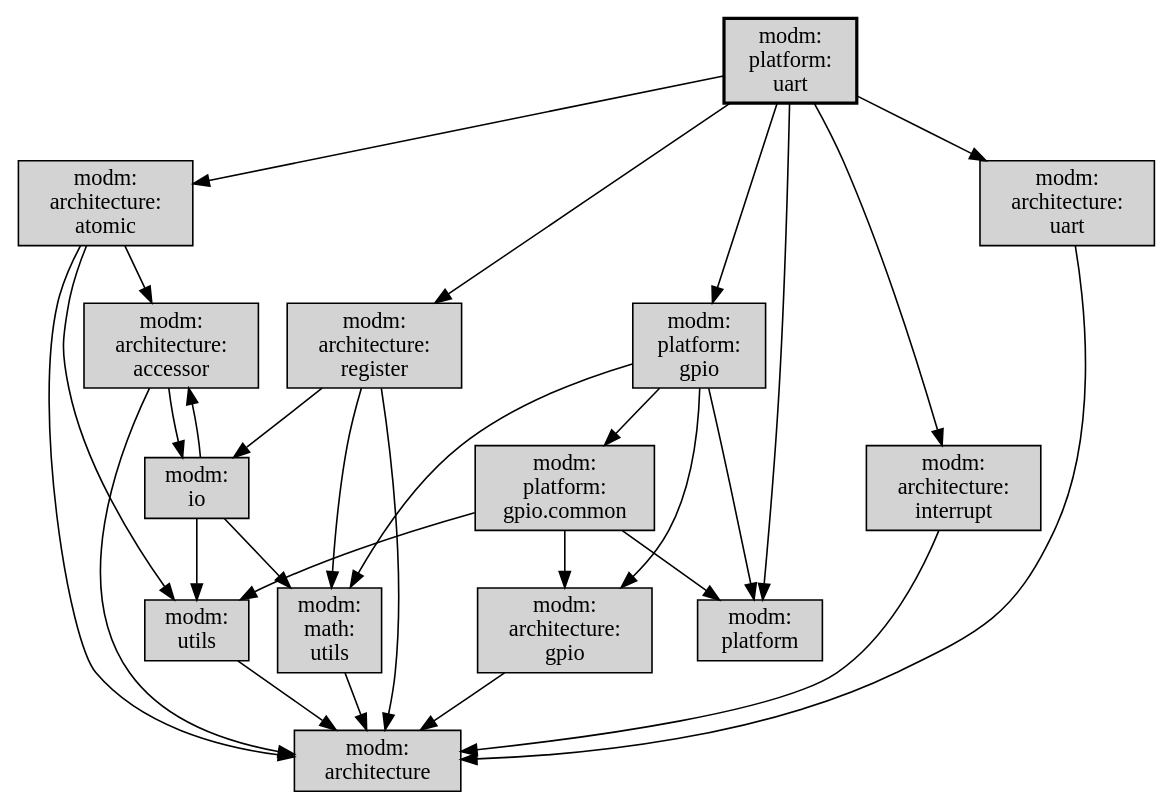
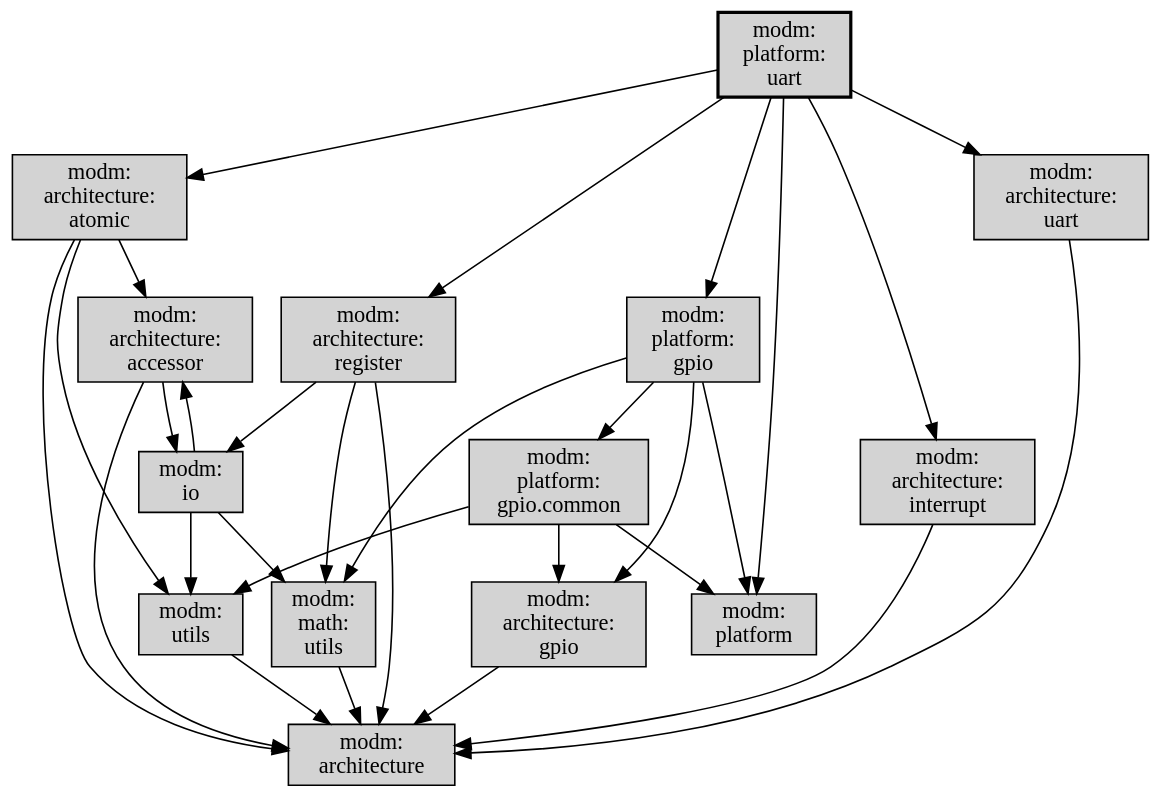
The diagram in docs/src/images/uart-dep-graph.dot (modm-io/modm), drawn with Graphviz before and after one commit. The commit also changed 6 other files, not shown here.

```diff
--- a/docs/src/images/uart-dep-graph.dot
+++ b/docs/src/images/uart-dep-graph.dot
@@ -1,52 +1,53 @@
 digraph dependencies
 {
+	bgcolor = transparent;
 	subgraph modm
 	{
 		label = "modm";
 		node [style=filled, shape=box];
 
 		modm_architecture [label="modm:\narchitecture", style="filled,solid"];
 		modm_architecture_accessor [label="modm:\narchitecture:\naccessor", style="filled,solid"];
 		modm_architecture_atomic [label="modm:\narchitecture:\natomic", style="filled,solid"];
 		modm_architecture_gpio [label="modm:\narchitecture:\ngpio", style="filled,solid"];
 		modm_architecture_interrupt [label="modm:\narchitecture:\ninterrupt", style="filled,solid"];
 		modm_architecture_register [label="modm:\narchitecture:\nregister", style="filled,solid"];
 		modm_architecture_uart [label="modm:\narchitecture:\nuart", style="filled,solid"];
 		modm_io [label="modm:\nio", style="filled,solid"];
 		modm_math_utils [label="modm:\nmath:\nutils", style="filled,solid"];
 		modm_platform [label="modm:\nplatform", style="filled,solid"];
 		modm_platform_gpio [label="modm:\nplatform:\ngpio", style="filled,solid"];
 		modm_platform_gpio_common [label="modm:\nplatform:\ngpio.common", style="filled,solid"];
 		modm_platform_uart [label="modm:\nplatform:\nuart", style="filled,bold"];
 		modm_utils [label="modm:\nutils", style="filled,solid"];
 	}
 	modm_architecture_accessor -> modm_architecture;
 	modm_architecture_accessor -> modm_io;
 	modm_architecture_atomic -> modm_architecture;
 	modm_architecture_atomic -> modm_architecture_accessor;
 	modm_architecture_atomic -> modm_utils;
 	modm_architecture_gpio -> modm_architecture;
 	modm_architecture_interrupt -> modm_architecture;
 	modm_architecture_register -> modm_architecture;
 	modm_architecture_register -> modm_io;
 	modm_architecture_register -> modm_math_utils;
 	modm_architecture_uart -> modm_architecture;
 	modm_io -> modm_architecture_accessor;
 	modm_io -> modm_math_utils;
 	modm_io -> modm_utils;
 	modm_math_utils -> modm_architecture;
 	modm_platform_gpio -> modm_architecture_gpio;
 	modm_platform_gpio -> modm_math_utils;
 	modm_platform_gpio -> modm_platform;
 	modm_platform_gpio -> modm_platform_gpio_common;
 	modm_platform_gpio_common -> modm_architecture_gpio;
 	modm_platform_gpio_common -> modm_platform;
 	modm_platform_gpio_common -> modm_utils;
 	modm_platform_uart -> modm_architecture_atomic;
 	modm_platform_uart -> modm_architecture_interrupt;
 	modm_platform_uart -> modm_architecture_register;
 	modm_platform_uart -> modm_architecture_uart;
 	modm_platform_uart -> modm_platform;
 	modm_platform_uart -> modm_platform_gpio;
 	modm_utils -> modm_architecture;
 }
```
